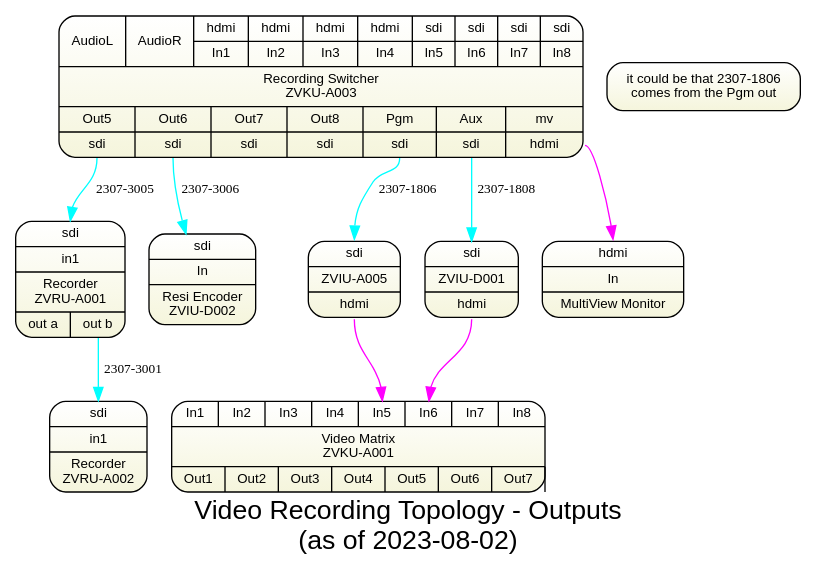
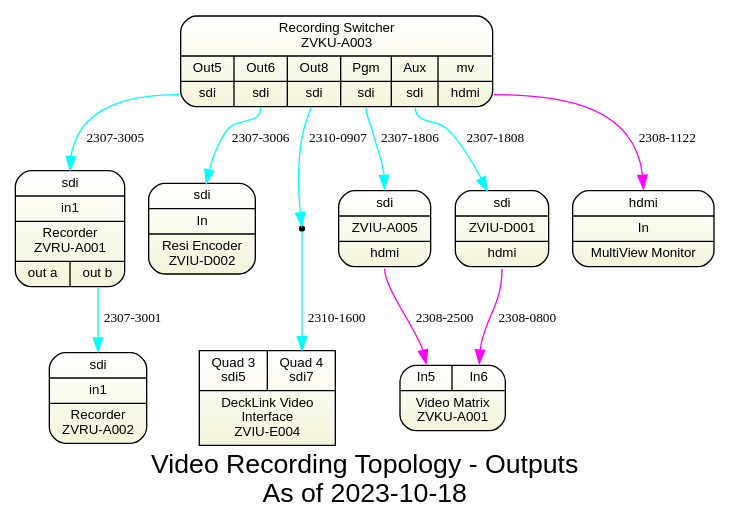
Before and after one commit to avmaint/uactechdoc: the diagram in gv/sdv-topology5-rec-outputs.gv, drawn with Graphviz. The commit also changed 10 other files, not shown here.

```diff
--- a/gv/sdv-topology5-rec-outputs.gv
+++ b/gv/sdv-topology5-rec-outputs.gv
@@ -1,93 +1,102 @@
 digraph recording { 
 	
 graph [overlap = true, fontsize = 20, 
-      label="Video Recording Topology - Outputs\n(as of 2023-08-02)",
+      label="Video Recording Topology - Outputs\nAs of 2023-10-18",
       fontname = Helvetica, bgcolor=white
       ]
  
 node [shape = Mrecord style=filled , fillcolor="white:beige"  , fontsize = 10,
       gradientangle=270 fontname = Helvetica ]
       
 zviud001 [label="{<sdi>sdi|ZVIU-D001|<hdmi>hdmi}" tooltip="BMD mini"]
 
 zviua005 [label="{<sdi>sdi|ZVIU-A005|<hdmi>hdmi}" tooltip="BMD mini"]
 
 rswitch [
   tooltip="BMD ATEM Television Studio Pro HD"
 
   label="{
-    {{<al>AudioL}|{<ar>AudioR}|
-      {<i1>hdmi|In1}|{<i2>hdmi|In2}|{<i3>hdmi|In3}|{<i4>hdmi|In4}
-      |{<i5>sdi|In5}|{<i6>sdi|In6}|{<i7>sdi|In7}|{<i8>sdi|In8}}
-      |Recording Switcher\nZVKU-A003
+     Recording Switcher\nZVKU-A003
       |
       {{Out5|<o5>sdi}
       |{Out6|<o6>sdi}
-      |{Out7|<o7>sdi}
       |{Out8|<o8>sdi}
       |{Pgm|<pgm>sdi}
       |{Aux|<aux>sdi}
       |{mv|<mv>hdmi}}
     }"
 ]
 
+ 2310090723101600 [label="" shape=point] 
+
+
 pswitch [
   tooltip="Kramer VS-88DT"
   label="{
   {
-    <i1>In1|<i2>In2|<i3>In3|<i4>In4|<i5>In5| <i6> In6 |<i7>In7|{<i8>In8}}
-  |Video Matrix\nZVKU-A001|
-  {<o1>Out1|<o2>Out2|<o3>Out3|<o4>Out4|<o5>Out5|<o6>Out6 |<o7>Out7|{Out8<o8>}} }"]
+     <i5>In5| <i6> In6   }
+  |Video Matrix\nZVKU-A001 
+    } }"]
    
 switchmonitor [label="{
     <i>hdmi|In
       |MultiView Monitor 
    }"
    tooltip="Samsung"
    ]
+   
+zviue004 [shape=record label="
+  {{  
+  <c5> Quad 3\nsdi5
+| <c7> Quad 4\nsdi7
+ }
+|{ DeckLink Video\nInterface\nZVIU-E004 
+ }} 
+"];
 
 zvrua001 [
   label="{
     <i1>sdi|in1
     |Recorder\nZVRU-A001 
     |{<outa>out a
     |<outb>out b}
     }"
   tooltip="BMD Hyperdeck Studio Mini"
 ]
 
 zvrua002 [
   label="{
     <i1>sdi|in1
     |Recorder\nZVRU-A002 
     }"
   tooltip="BMD Hyperdeck Studio Mini"
 ]
 
 zviud002 [label="{
     <i>sdi|In
       |Resi Encoder\nZVIU-D002 
    }"
    tooltip="in rack"
    ]
-   
- note [label="it could be that 2307-1806\ncomes from the Pgm out"]  
 
 subgraph sdi_edges {
 	edge  [fontsize=10, color="cyan"]
 rswitch:o5 -> zvrua001:i1  [label="2307-3005"]
 rswitch:o6 -> zviud002:sdi [label="2307-3006"]
 zvrua001:outb -> zvrua002:i1 [label="2307-3001" ]
 rswitch:aux   -> zviud001 [label="2307-1808" ]
 
 rswitch:pgm -> zviua005:sdi [label="2307-1806" ]
+
+rswitch: out8 -> 2310090723101600 [label="2310-0907"]
+2310090723101600 -> zviue004: c7 [label="2310-1600"]
 }
 
 subgraph hdmi_edges {
 	edge  [fontsize=10, color="magenta"]
-zviua005:hdmi -> pswitch:i5
-zviud001:hdmi -> pswitch:i6
-rswitch:mv -> switchmonitor:i
+zviua005:hdmi -> pswitch:i5 [label="2308-2500"]
+zviud001:hdmi -> pswitch:i6 [label="2308-0800"]
+rswitch:mv -> switchmonitor:i [label="2308-1122"]
 	
 }
 } 
```
